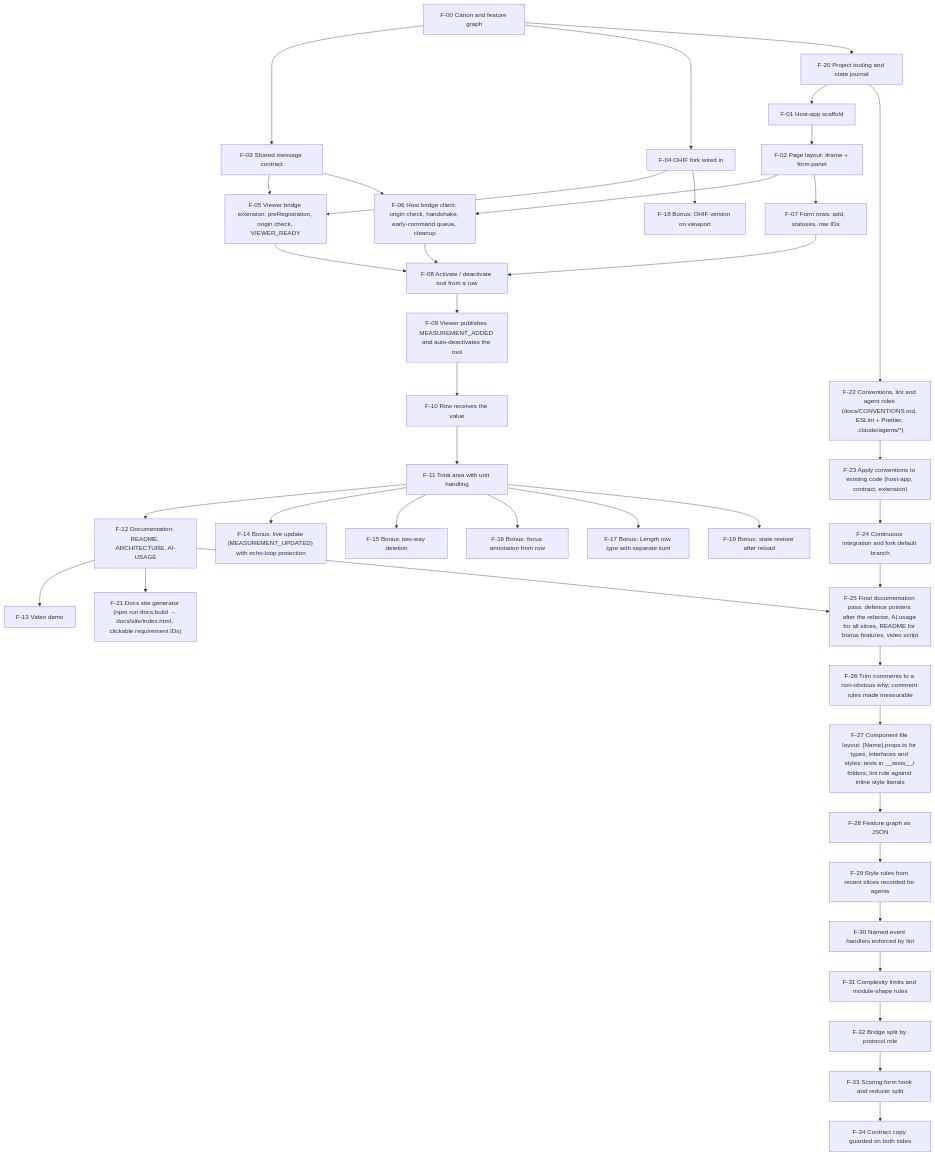
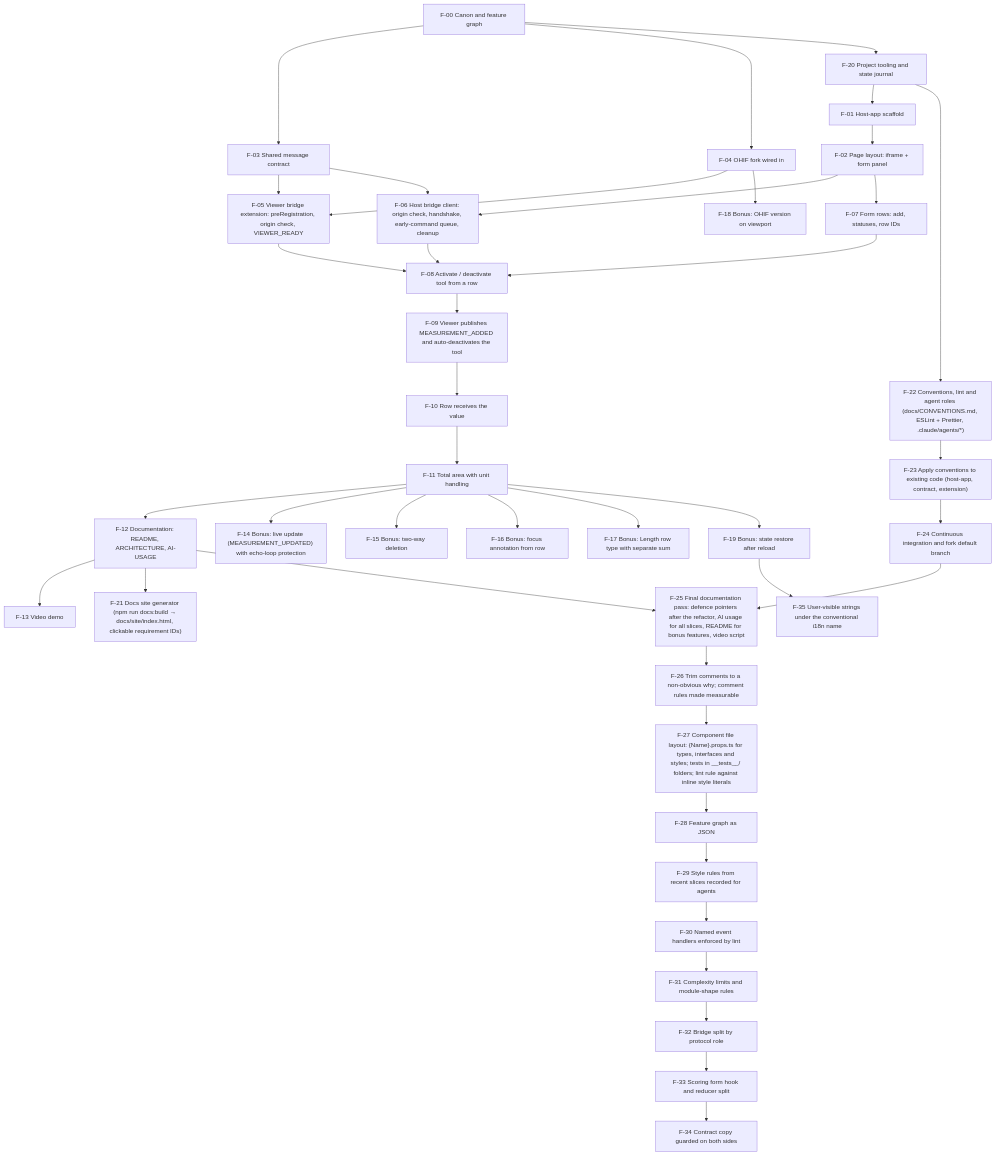
Before and after one commit to bdiadiun/artifact-synchronization: the diagram in docs/FEATURE-GRAPH.md, drawn with Mermaid. The commit also changed other lines of this file and 18 other files, not shown here.

````diff
--- a/docs/FEATURE-GRAPH.md
+++ b/docs/FEATURE-GRAPH.md
@@ -92,78 +93,80 @@
 ```mermaid
 graph TD
   F00["F-00 Canon and feature graph"]
   F01["F-01 Host-app scaffold"]
   F02["F-02 Page layout: iframe + form panel"]
   F03["F-03 Shared message contract"]
   F04["F-04 OHIF fork wired in"]
   F05["F-05 Viewer bridge extension: preRegistration, origin check, VIEWER_READY"]
   F06["F-06 Host bridge client: origin check, handshake, early-command queue, cleanup"]
   F07["F-07 Form rows: add, statuses, row IDs"]
   F08["F-08 Activate / deactivate tool from a row"]
   F09["F-09 Viewer publishes MEASUREMENT_ADDED and auto-deactivates the tool"]
   F10["F-10 Row receives the value"]
   F11["F-11 Total area with unit handling"]
   F12["F-12 Documentation: README, ARCHITECTURE, AI-USAGE"]
   F13["F-13 Video demo"]
   F14["F-14 Bonus: live update (MEASUREMENT_UPDATED) with echo-loop protection"]
   F15["F-15 Bonus: two-way deletion"]
   F16["F-16 Bonus: focus annotation from row"]
   F17["F-17 Bonus: Length row type with separate sum"]
   F18["F-18 Bonus: OHIF version on viewport"]
   F19["F-19 Bonus: state restore after reload"]
   F20["F-20 Project tooling and state journal"]
   F21["F-21 Docs site generator (npm run docs:build → docs/site/index.html, clickable requirement IDs)"]
   F22["F-22 Conventions, lint and agent roles (docs/CONVENTIONS.md, ESLint + Prettier, .claude/agents/*)"]
   F23["F-23 Apply conventions to existing code (host-app, contract, extension)"]
   F24["F-24 Continuous integration and fork default branch"]
   F25["F-25 Final documentation pass: defence pointers after the refactor, AI usage for all slices, README for bonus features, video script"]
   F26["F-26 Trim comments to a non-obvious why; comment rules made measurable"]
   F27["F-27 Component file layout: {Name}.props.ts for types, interfaces and styles; tests in __tests__/ folders; lint rule against inline style literals"]
   F28["F-28 Feature graph as JSON"]
   F29["F-29 Style rules from recent slices recorded for agents"]
   F30["F-30 Named event handlers enforced by lint"]
   F31["F-31 Complexity limits and module-shape rules"]
   F32["F-32 Bridge split by protocol role"]
   F33["F-33 Scoring form hook and reducer split"]
   F34["F-34 Contract copy guarded on both sides"]
+  F35["F-35 User-visible strings under the conventional i18n name"]
 
   F20 --> F01
   F01 --> F02
   F00 --> F03
   F00 --> F04
   F03 --> F05
   F04 --> F05
   F02 --> F06
   F03 --> F06
   F02 --> F07
   F05 --> F08
   F06 --> F08
   F07 --> F08
   F08 --> F09
   F09 --> F10
   F10 --> F11
   F11 --> F12
   F12 --> F13
   F11 --> F14
   F11 --> F15
   F11 --> F16
   F11 --> F17
   F04 --> F18
   F11 --> F19
   F00 --> F20
   F12 --> F21
   F20 --> F22
   F22 --> F23
   F23 --> F24
   F12 --> F25
   F24 --> F25
   F25 --> F26
   F26 --> F27
   F27 --> F28
   F28 --> F29
   F29 --> F30
   F30 --> F31
   F31 --> F32
   F32 --> F33
   F33 --> F34
+  F19 --> F35
 ```
````
